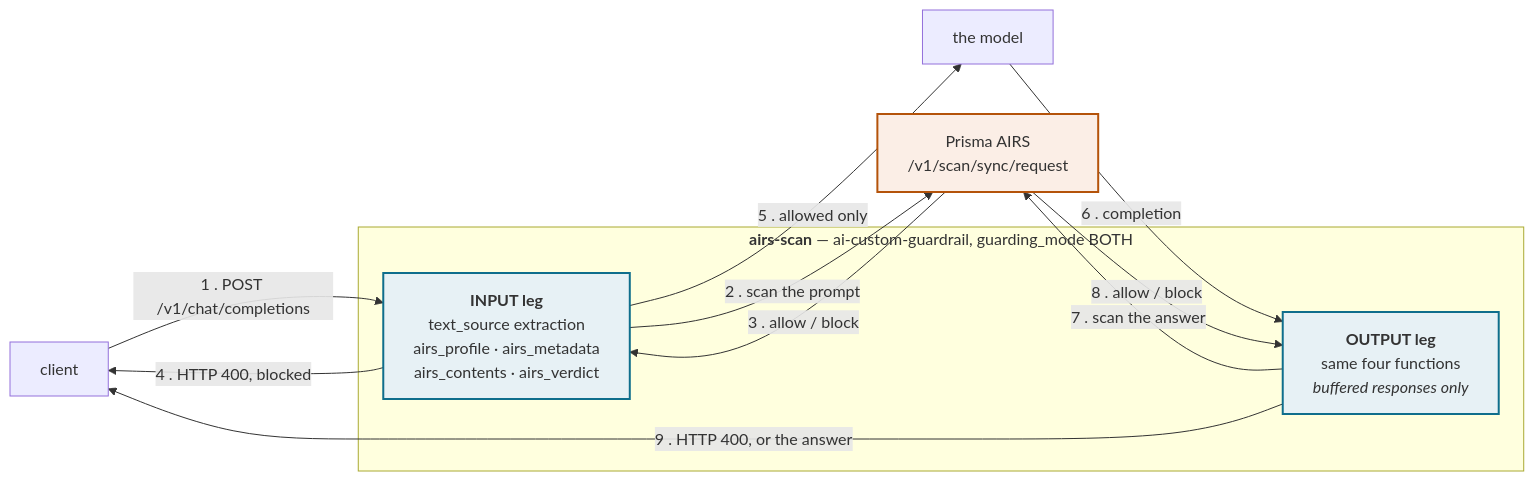
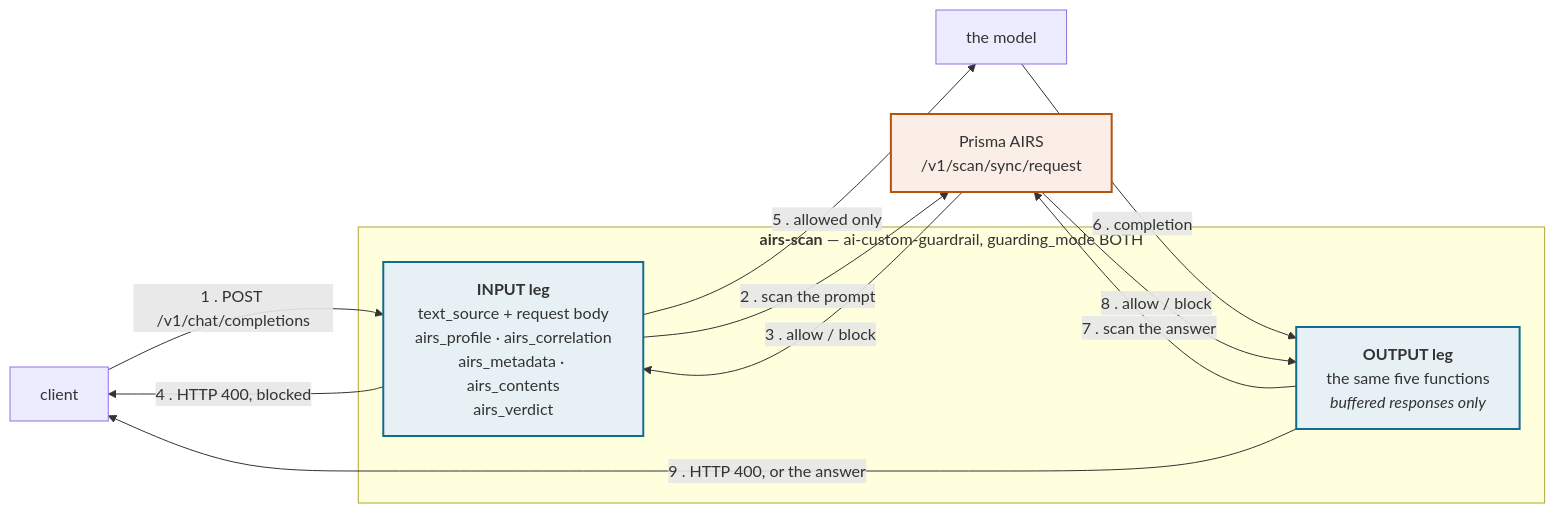
One commit to PaloAltoNetworks/prisma-airs-integrations changed the second of 3 diagrams in Kong/ai-gateway/docs/DESIGN.md. Above: the diagram before and after it, drawn with Mermaid. The commit also changed other lines of this file and 3 other files, not shown here.

````diff
--- a/Kong/ai-gateway/docs/DESIGN.md
+++ b/Kong/ai-gateway/docs/DESIGN.md
@@ -136,24 +136,24 @@
 ```mermaid
 graph LR
   CL["client"]
   subgraph POL["<b>airs-scan</b> — ai-custom-guardrail, guarding_mode BOTH"]
-    IN["<b>INPUT leg</b><br/>text_source extraction<br/>airs_profile · airs_metadata<br/>airs_contents · airs_verdict"]
-    OUT["<b>OUTPUT leg</b><br/>same four functions<br/><i>buffered responses only</i>"]
+    IN["<b>INPUT leg</b><br/>text_source + request body<br/>airs_profile · airs_correlation<br/>airs_metadata · airs_contents<br/>airs_verdict"]
+    OUT["<b>OUTPUT leg</b><br/>the same five functions<br/><i>buffered responses only</i>"]
   end
   MODEL["the model"]
   AIRS["Prisma AIRS<br/>/v1/scan/sync/request"]
 
   CL -->|"1 . POST /v1/chat/completions"| IN
   IN -->|"2 . scan the prompt"| AIRS
   AIRS -->|"3 . allow / block"| IN
   IN -->|"4 . HTTP 400, blocked"| CL
   IN -->|"5 . allowed only"| MODEL
   MODEL -->|"6 . completion"| OUT
   OUT -->|"7 . scan the answer"| AIRS
   AIRS -->|"8 . allow / block"| OUT
   OUT -->|"9 . HTTP 400, or the answer"| CL
 
   style IN fill:#E7F1F5,stroke:#0F6E8C,stroke-width:2px
   style OUT fill:#E7F1F5,stroke:#0F6E8C,stroke-width:2px
   style AIRS fill:#FBEEE6,stroke:#B4530A,stroke-width:2px
 ```
````
